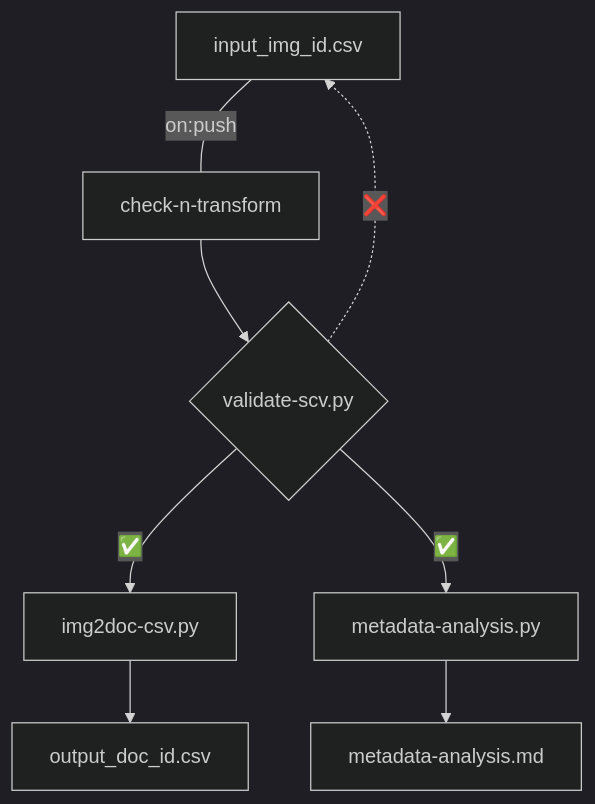
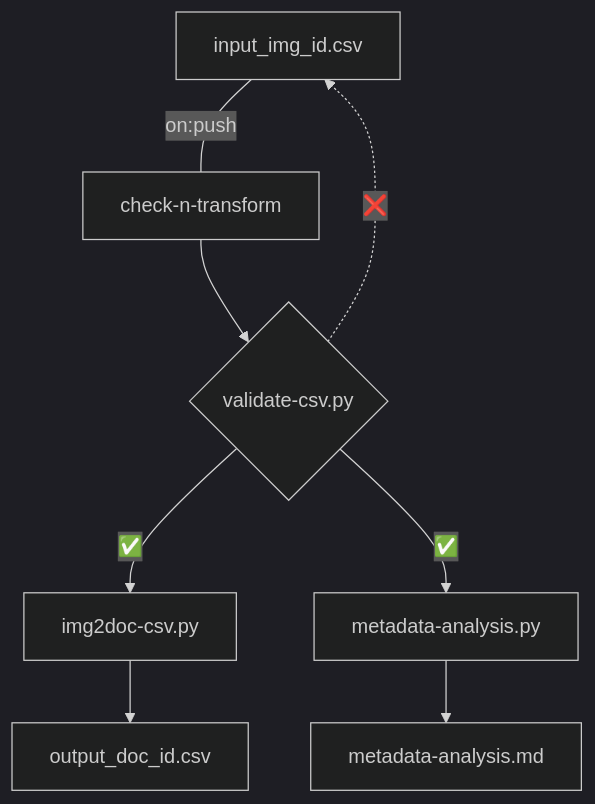
One commit to auden-in-austria-digital/aad-data changed the first of 2 diagrams in README.md. Above: the diagram before and after it, drawn with Mermaid (dark theme).

Commit message:
fix typo l 31

````diff
--- a/README.md
+++ b/README.md
@@ -28,10 +28,10 @@
 ```mermaid
 flowchart TD;
     input_img_id.csv---|on:push| check-n-transform;
-    check-n-transform-->A{validate-scv.py};
+    check-n-transform-->A{validate-csv.py};
     A-->|#9989;| img2doc-csv.py;
     A-->|#9989;| metadata-analysis.py;
     img2doc-csv.py-->output_doc_id.csv;
     A-. #10060; .->input_img_id.csv;
     metadata-analysis.py-->metadata-analysis.md;
 ```
````
